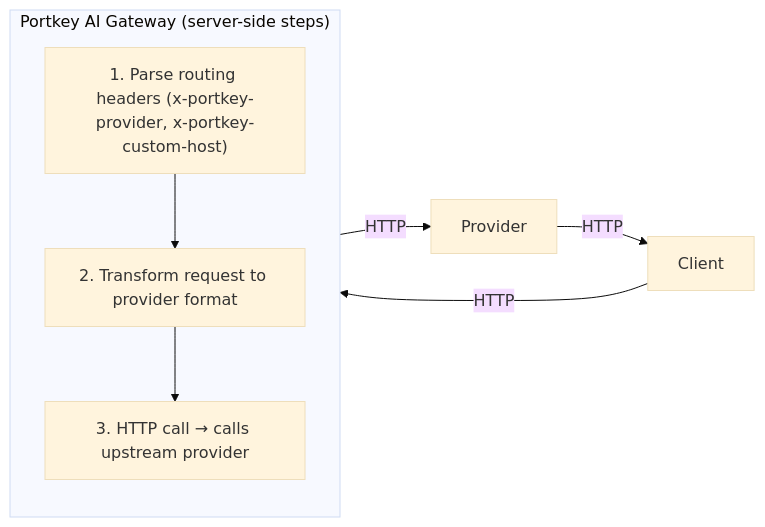
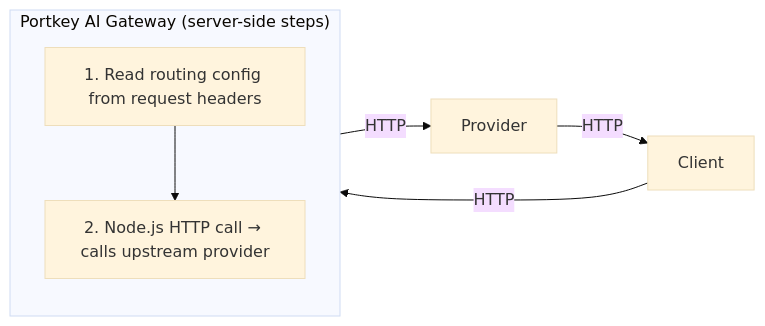
The sixth of 8 diagrams in benchmarks/gateway/README.md (mlflow/mlflow), drawn with Mermaid (base theme) before and after one commit. The commit also changed other lines of this file, not shown here.

````diff
--- a/benchmarks/gateway/README.md
+++ b/benchmarks/gateway/README.md
@@ -100,11 +409,10 @@
 ```mermaid
 graph LR
     Client -- HTTP --> Portkey[Portkey AI Gateway] -- HTTP --> Provider -- HTTP --> Client
 
     subgraph Portkey["Portkey AI Gateway (server-side steps)"]
-        P1["1. Parse routing headers (x-portkey-provider, x-portkey-custom-host)"]
-        P2["2. Transform request to provider format"]
-        P3["3. HTTP call → calls upstream provider"]
-        P1 --> P2 --> P3
+        P1["1. Read routing config from request headers"]
+        P2["2. Node.js HTTP call → calls upstream provider"]
+        P1 --> P2
     end
 ```
````
